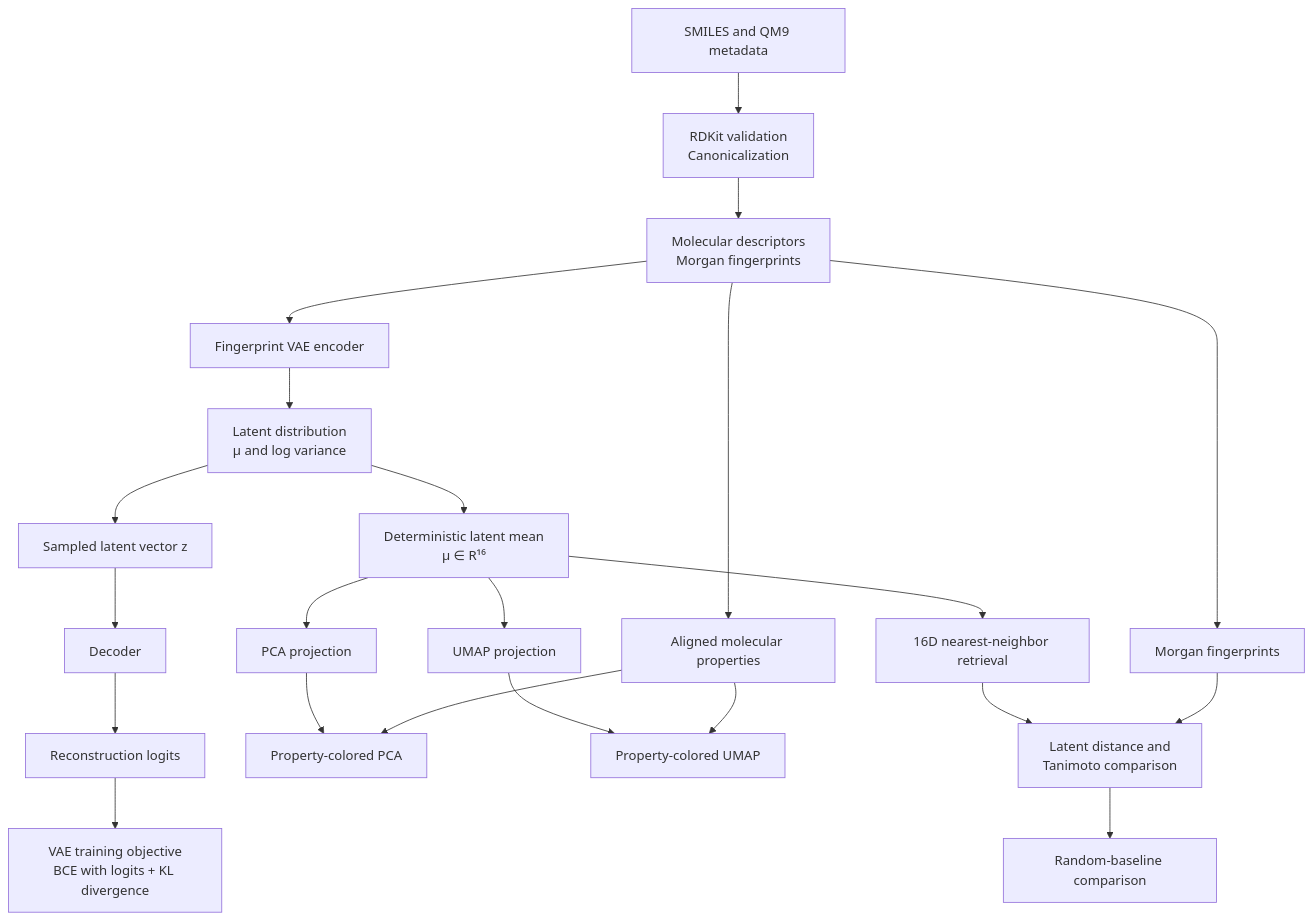
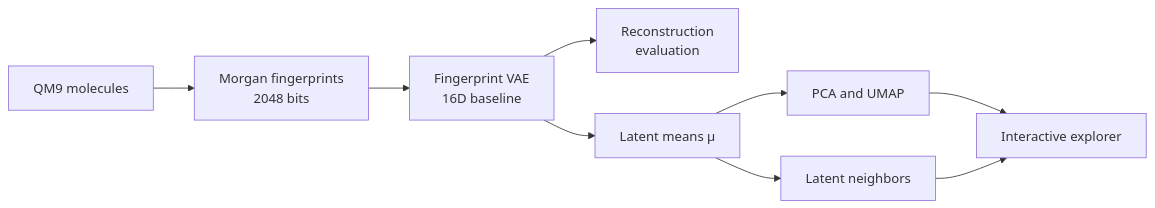
The diagram in docs/METHODOLOGY.md (rizonehyseni/Latent-Space-Explorer), drawn with Mermaid before and after one commit. The commit also changed other lines of this file and 3 other files, not shown here.

Commit message:
finalized architecture and methodology

````diff
--- a/docs/METHODOLOGY.md
+++ b/docs/METHODOLOGY.md
@@ -9,28 +9,11 @@
 ```mermaid
-flowchart TD
-    A["SMILES and QM9 metadata"] --> B["RDKit validation<br/>Canonicalization"]
-    B --> C["Molecular descriptors<br/>Morgan fingerprints"]
-
-    C --> D["Fingerprint VAE encoder"]
-    D --> E["Latent distribution<br/>μ and log variance"]
-    E --> F["Sampled latent vector z"]
-    F --> G["Decoder"]
-    G --> H["Reconstruction logits"]
-    H --> I["VAE training objective<br/>BCE with logits + KL divergence"]
-
-    E --> J["Deterministic latent mean<br/>μ ∈ R¹⁶"]
-    J --> K["PCA projection"]
-    J --> L["UMAP projection"]
-
-    C --> M["Aligned molecular properties"]
-    K --> N["Property-colored PCA"]
-    L --> O["Property-colored UMAP"]
-    M --> N
-    M --> O
-
-    J --> P["16D nearest-neighbor retrieval"]
-    C --> Q["Morgan fingerprints"]
-    P --> R["Latent distance and<br/>Tanimoto comparison"]
-    Q --> R
-    R --> S["Random-baseline comparison"]
+flowchart LR
+    A["QM9 molecules"] --> B["Morgan fingerprints<br/>2048 bits"]
+    B --> C["Fingerprint VAE<br/>16D baseline"]
+    C --> D["Reconstruction<br/>evaluation"]
+    C --> E["Latent means μ"]
+    E --> F["PCA and UMAP"]
+    E --> G["Latent neighbors"]
+    F --> H["Interactive explorer"]
+    G --> H
 ```
````
